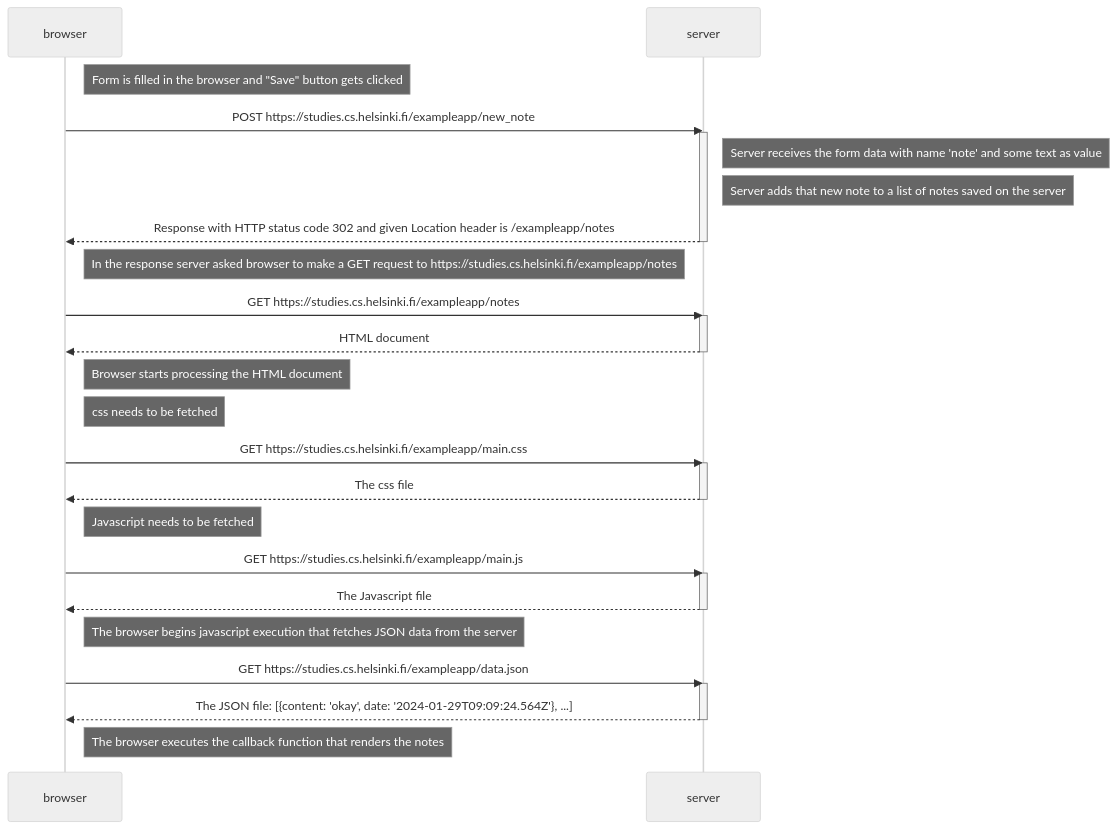
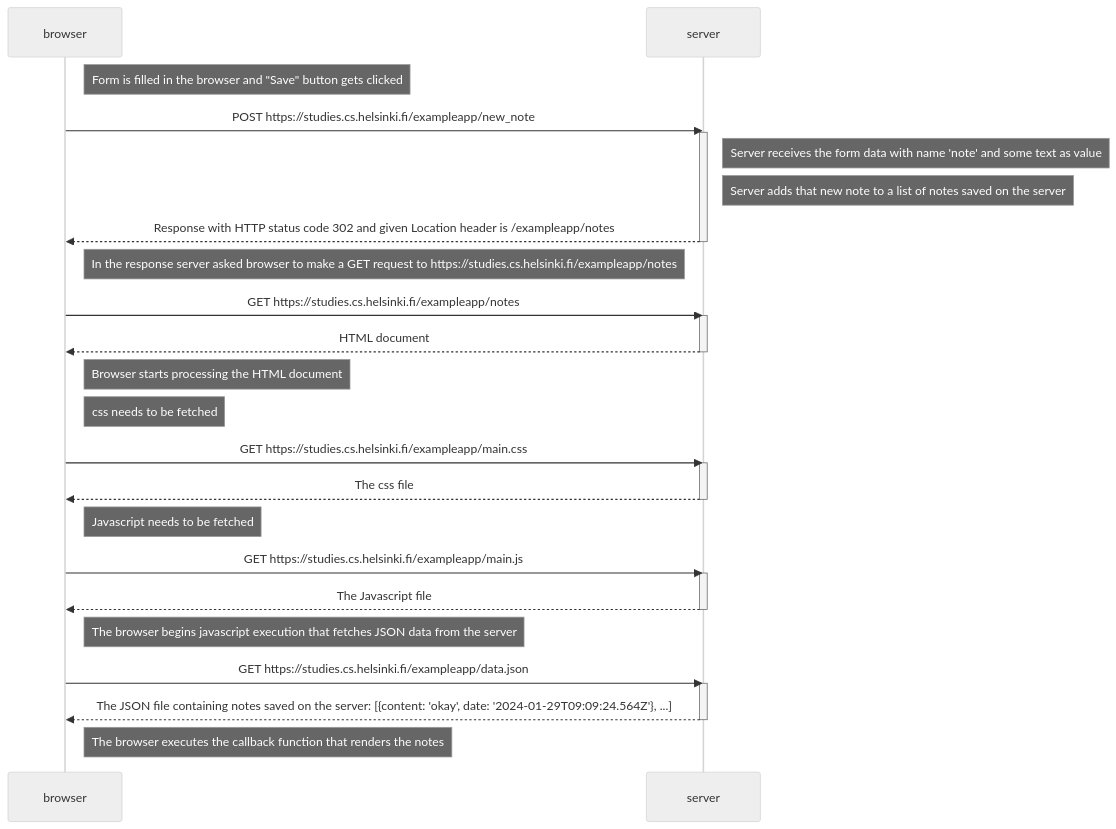
Before and after one commit to AksuCode/Full-Stack-Open: the diagram in exercises/part_0/New_note_diagram_0.4.md, drawn with Mermaid (neutral theme).

Commit message:
Little more finishing

````diff
--- a/exercises/part_0/New_note_diagram_0.4.md
+++ b/exercises/part_0/New_note_diagram_0.4.md
@@ -1,46 +1,46 @@
 ```mermaid
 sequenceDiagram
     participant browser
     participant server
 
     Note right of browser: Form is filled in the browser and "Save" button gets clicked
 
     browser->>server: POST https://studies.cs.helsinki.fi/exampleapp/new_note
     activate server
     Note right of server: Server receives the form data with name 'note' and some text as value
     Note right of server: Server adds that new note to a list of notes saved on the server
     server-->>browser: Response with HTTP status code 302 and given Location header is /exampleapp/notes
     deactivate server
 
     Note right of browser: In the response server asked browser to make a GET request to https://studies.cs.helsinki.fi/exampleapp/notes
 
     browser->>server: GET https://studies.cs.helsinki.fi/exampleapp/notes
     activate server
     server-->>browser: HTML document
     deactivate server
 
     Note right of browser: Browser starts processing the HTML document
 
     Note right of browser: css needs to be fetched
 
     browser->>server: GET https://studies.cs.helsinki.fi/exampleapp/main.css
     activate server
     server-->>browser: The css file
     deactivate server
 
     Note right of browser: Javascript needs to be fetched
 
     browser->>server: GET https://studies.cs.helsinki.fi/exampleapp/main.js
     activate server
     server-->>browser: The Javascript file
     deactivate server
 
     Note right of browser: The browser begins javascript execution that fetches JSON data from the server
 
     browser->>server: GET https://studies.cs.helsinki.fi/exampleapp/data.json
     activate server
-    server-->>browser: The JSON file: [{content: 'okay', date: '2024-01-29T09:09:24.564Z'}, ...]
+    server-->>browser: The JSON file containing notes saved on the server: [{content: 'okay', date: '2024-01-29T09:09:24.564Z'}, ...]
     deactivate server
 
     Note right of browser: The browser executes the callback function that renders the notes
 ```
````
